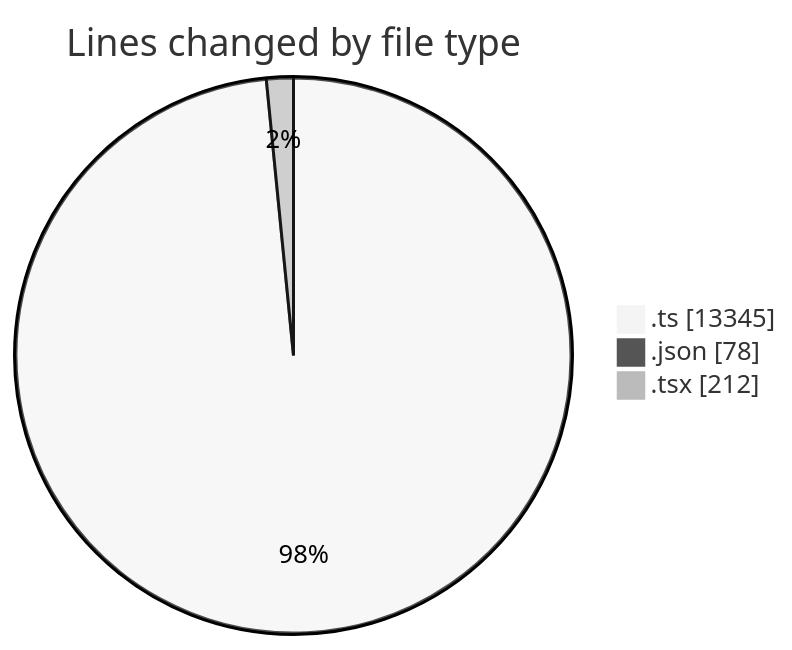
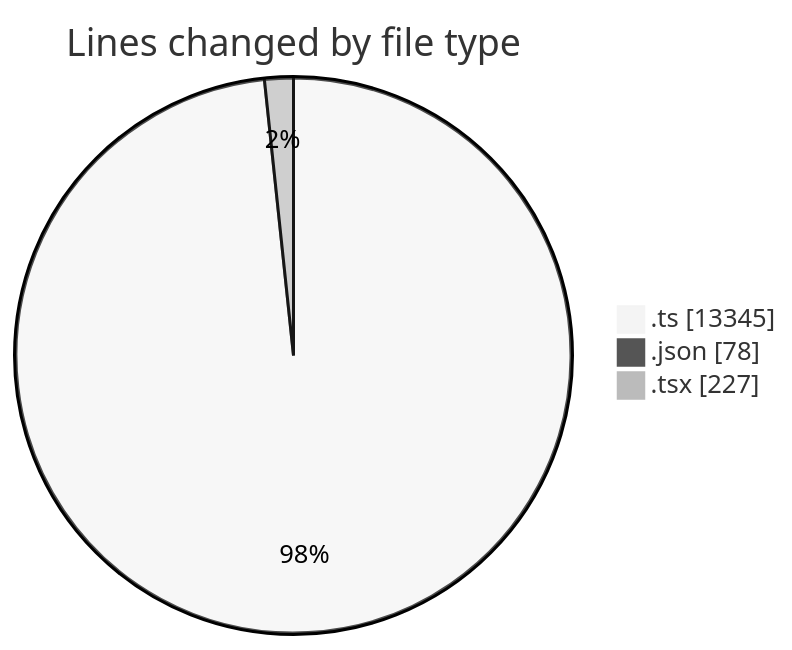
Before and after one commit to momahboobian/code-tracking: the first of 2 diagrams in 2025-08-29/cda/README.md, drawn with Mermaid (neutral theme). The commit also changed other lines of this file and 1 other file, not shown here.

````diff
--- a/2025-08-29/cda/README.md
+++ b/2025-08-29/cda/README.md
@@ -26,7 +26,7 @@
 ```mermaid
 pie showData
 title Lines changed by file type
 ".ts" : 13345
 ".json" : 78
-".tsx" : 212
+".tsx" : 227
 ```
````
